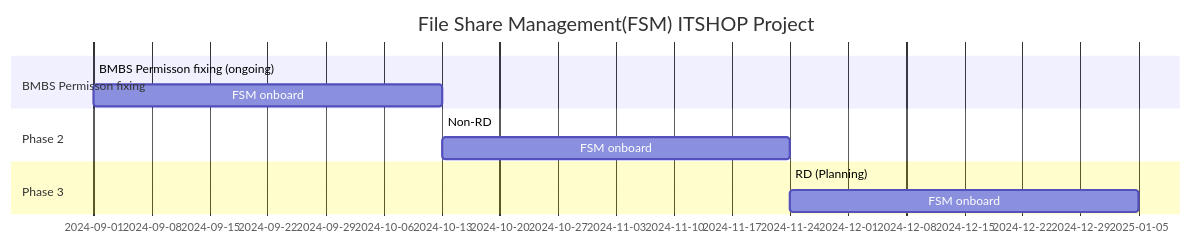
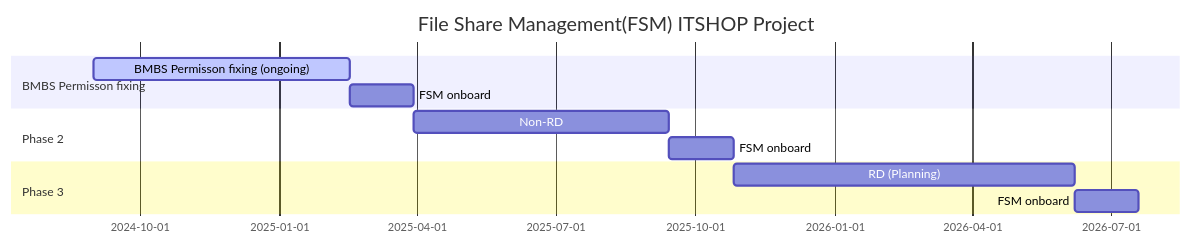
The diagram in FSM_timeline.md (pluto133/-), drawn with Mermaid before and after one commit.

````diff
--- a/FSM_timeline.md
+++ b/FSM_timeline.md
@@ -1,17 +1,17 @@
 ```mermaid
 gantt
     title File Share Management(FSM) ITSHOP Project
     dateFormat  YYYY-MM-DD
 
     Section BMBS Permisson fixing
-    BMBS Permisson fixing (ongoing) :active, a1, 2024-09-01, 6m
-    FSM onboard     : a2,after a1, 6w
+    BMBS Permisson fixing (ongoing) :active, a1, 2024-09-01, 24w
+    FSM onboard    : a2,after a1, 6w
 
     Section Phase 2
-    Non-RD  : a3,after a2, 8m
+    Non-RD  : a3,after a2, 24w
     FSM onboard     :  a4, after a3, 6w
 
     Section Phase 3
-    RD (Planning) :a5, after a4, 8m
+    RD (Planning) :a5, after a4, 32w
     FSM onboard     : a6, after a5, 6w
 ```
````
